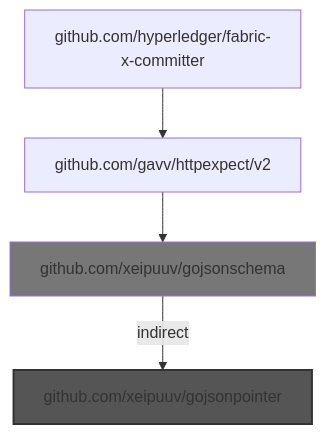
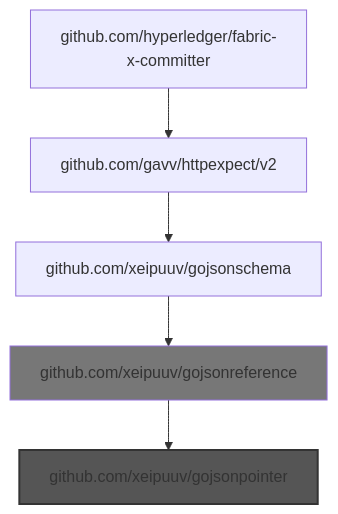
Before and after one commit to liran-funaro/fabric-x-committer: diagram 16 of 18 in bad-imports-analysis.md, drawn with Mermaid. The commit also changed other lines of this file and 1 other file, not shown here.

````diff
--- a/bad-imports-analysis.md
+++ b/bad-imports-analysis.md
@@ -2680,8 +1745,9 @@
 ```mermaid
 graph TD
     github.com/gavv/httpexpect/v2 --> github.com/xeipuuv/gojsonschema
     github.com/hyperledger/fabric-x-committer --> github.com/gavv/httpexpect/v2
-    github.com/xeipuuv/gojsonschema -->|indirect| github.com/xeipuuv/gojsonpointer
+    github.com/xeipuuv/gojsonreference --> github.com/xeipuuv/gojsonpointer
+    github.com/xeipuuv/gojsonschema --> github.com/xeipuuv/gojsonreference
     style github.com/xeipuuv/gojsonpointer fill:#555,stroke:#333,stroke-width:2px
-    style github.com/xeipuuv/gojsonschema fill:#777
+    style github.com/xeipuuv/gojsonreference fill:#777
 ```
````
